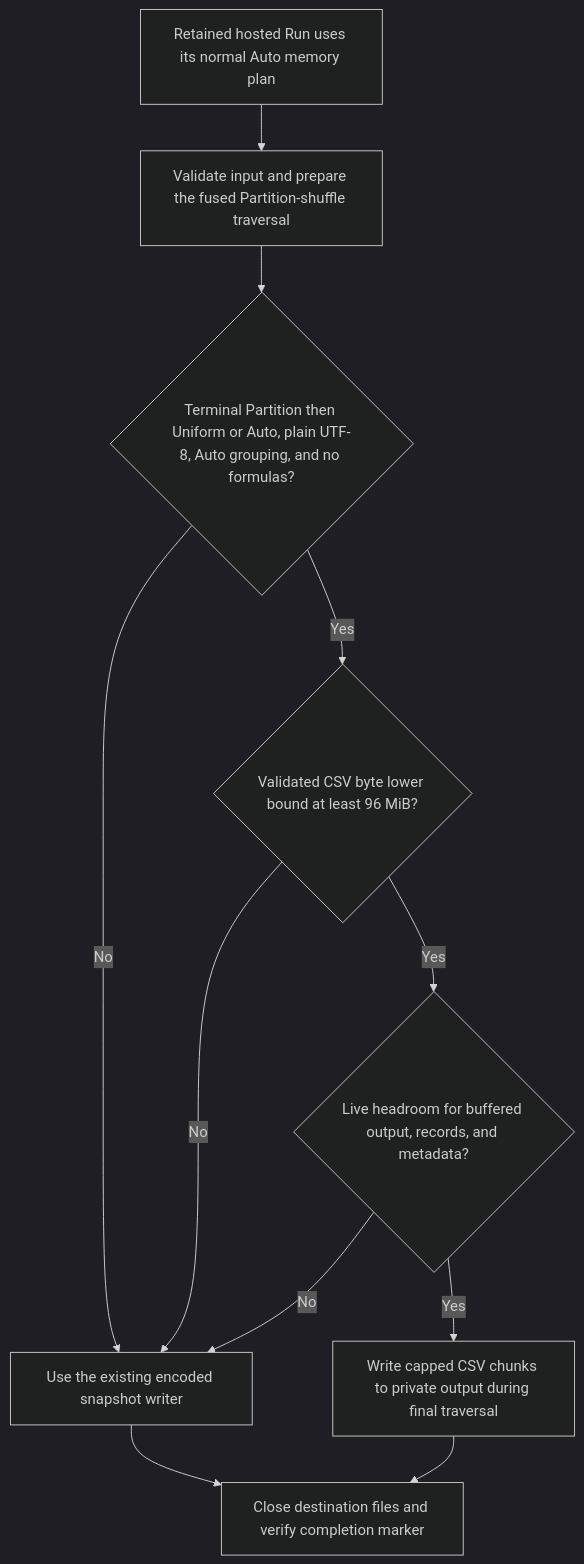
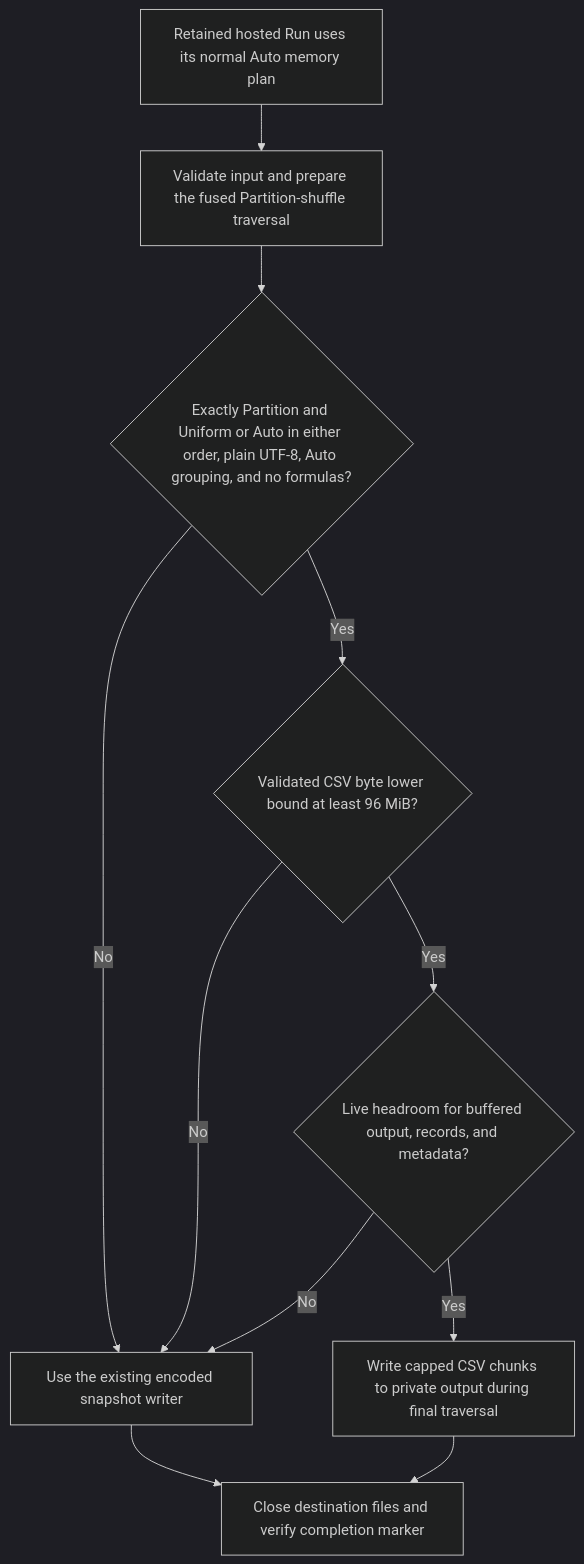
Before and after one commit to jsmatfess/chopper: the third of 20 diagrams in docs/execution-decisions.md, drawn with Mermaid (dark theme). The commit also changed 3 other files, not shown here.

Commit message:
Buffer output for large hosted Shuffle then Partition Runs

````diff
--- a/docs/execution-decisions.md
+++ b/docs/execution-decisions.md
@@ -149,13 +149,13 @@
 ```mermaid
 flowchart TD
     Run[Retained hosted Run uses its normal Auto memory plan] --> Sort[Validate input and prepare the fused Partition-shuffle traversal]
-    Sort --> Eligible{Terminal Partition then Uniform or Auto, plain UTF-8, Auto grouping, and no formulas?}
+    Sort --> Eligible{Exactly Partition and Uniform or Auto in either order, plain UTF-8, Auto grouping, and no formulas?}
     Eligible -->|No| Snapshot[Use the existing encoded snapshot writer]
     Eligible -->|Yes| Size{Validated CSV byte lower bound at least 96 MiB?}
     Size -->|No| Snapshot
     Size -->|Yes| Headroom{Live headroom for buffered output, records, and metadata?}
     Headroom -->|No| Snapshot
     Headroom -->|Yes| Direct[Write capped CSV chunks to private output during final traversal]
     Snapshot --> Publish[Close destination files and verify completion marker]
     Direct --> Publish
 ```
````
